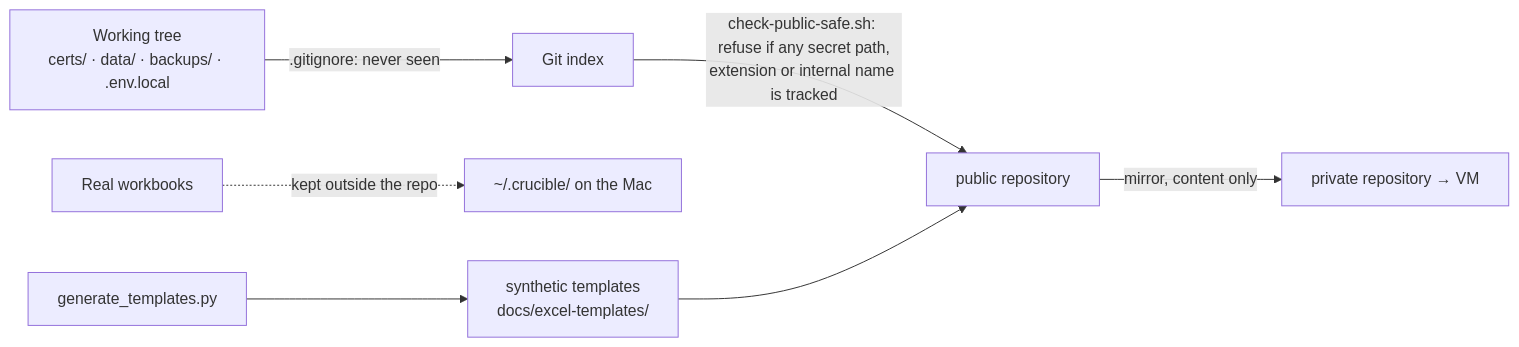
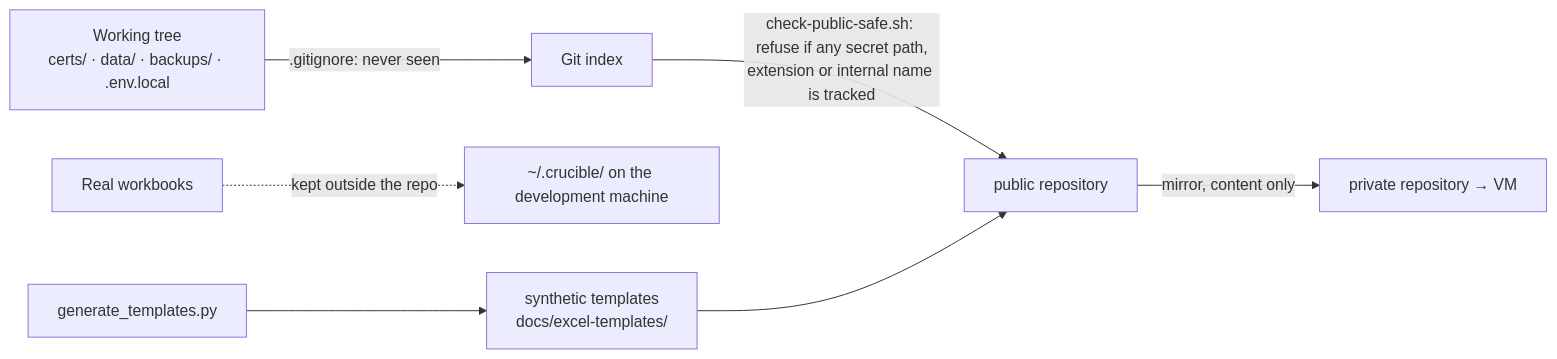
The diagram in docs/04-phase-tutorials/phase-02-public-repo-hygiene.md (akannan2987/nr-nips-crucible), drawn with Mermaid before and after one commit. The commit also changed other lines of this file and 53 other files, not shown here.

First line of the commit message:
Name the development machine by its role, not its operating system

````diff
--- a/docs/04-phase-tutorials/phase-02-public-repo-hygiene.md
+++ b/docs/04-phase-tutorials/phase-02-public-repo-hygiene.md
@@ -55,9 +55,9 @@
 ```mermaid
 flowchart LR
     W["Working tree<br/>certs/ · data/ · backups/ · .env.local"] -->|".gitignore: never seen"| G["Git index"]
     G -->|"check-public-safe.sh: refuse if any secret path,<br/>extension or internal name is tracked"| P["public repository"]
     P -->|"mirror, content only"| V["private repository → VM"]
-    R["Real workbooks"] -.->|"kept outside the repo"| X["~/.crucible/ on the Mac"]
+    R["Real workbooks"] -.->|"kept outside the repo"| X["~/.crucible/ on the development machine"]
     S["generate_templates.py"] --> T["synthetic templates<br/>docs/excel-templates/"]
     T --> P
 ```
````
